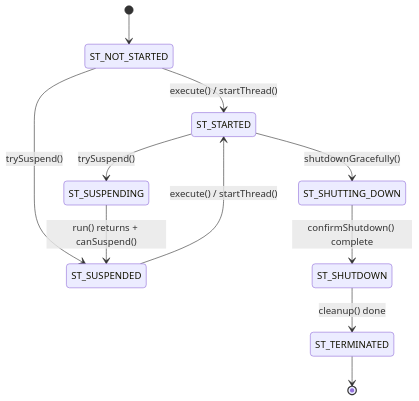
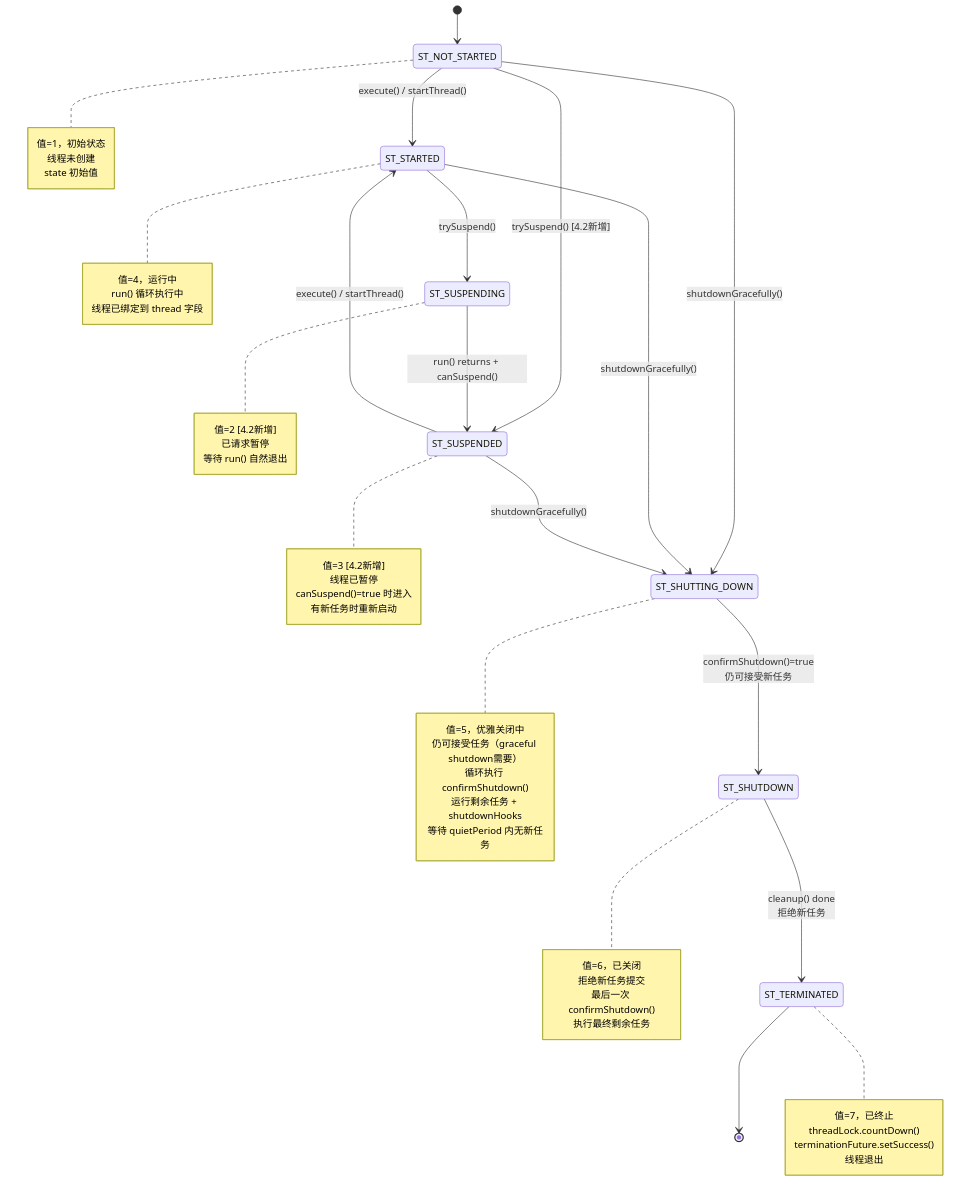
The fourth of 5 diagrams in example/src/main/java/io/netty/md/03-线程模型-EventLoop/01-eventloop-hierarchy-and-creation.md (LoveEleve/netty-4.2.9), drawn with Mermaid before and after one commit. The commit also changed other lines of this file and 106 other files, not shown here.

````diff
--- a/example/src/main/java/io/netty/md/03-线程模型-EventLoop/01-eventloop-hierarchy-and-creation.md
+++ b/example/src/main/java/io/netty/md/03-线程模型-EventLoop/01-eventloop-hierarchy-and-creation.md
@@ -338,13 +376,62 @@
 ```mermaid
 stateDiagram-v2
     [*] --> ST_NOT_STARTED
     ST_NOT_STARTED --> ST_STARTED : execute() / startThread()
-    ST_NOT_STARTED --> ST_SUSPENDED : trySuspend()
+    ST_NOT_STARTED --> ST_SUSPENDED : trySuspend() [4.2新增]
+    ST_NOT_STARTED --> ST_SHUTTING_DOWN : shutdownGracefully()
     ST_STARTED --> ST_SHUTTING_DOWN : shutdownGracefully()
     ST_STARTED --> ST_SUSPENDING : trySuspend()
     ST_SUSPENDING --> ST_SUSPENDED : run() returns + canSuspend()
     ST_SUSPENDED --> ST_STARTED : execute() / startThread()
-    ST_SHUTTING_DOWN --> ST_SHUTDOWN : confirmShutdown() complete
-    ST_SHUTDOWN --> ST_TERMINATED : cleanup() done
+    ST_SUSPENDED --> ST_SHUTTING_DOWN : shutdownGracefully()
+    ST_SHUTTING_DOWN --> ST_SHUTDOWN : confirmShutdown()=true<br/>仍可接受新任务
+    ST_SHUTDOWN --> ST_TERMINATED : cleanup() done<br/>拒绝新任务
     ST_TERMINATED --> [*]
+
+    note right of ST_NOT_STARTED
+        值=1，初始状态
+        线程未创建
+        state 初始值
+    end note
+
+    note right of ST_STARTED
+        值=4，运行中
+        run() 循环执行中
+        线程已绑定到 thread 字段
+    end note
+
+    note right of ST_SUSPENDING
+        值=2 [4.2新增]
+        已请求暂停
+        等待 run() 自然退出
+    end note
+
+    note right of ST_SUSPENDED
+        值=3 [4.2新增]
+        线程已暂停
+        canSuspend()=true 时进入
+        有新任务时重新启动
+    end note
+
+    note right of ST_SHUTTING_DOWN
+        值=5，优雅关闭中
+        仍可接受任务（graceful shutdown需要）
+        循环执行 confirmShutdown()
+        运行剩余任务 + shutdownHooks
+        等待 quietPeriod 内无新任务
+    end note
+
+    note right of ST_SHUTDOWN
+        值=6，已关闭
+        拒绝新任务提交
+        最后一次 confirmShutdown()
+        执行最终剩余任务
+    end note
+
+    note right of ST_TERMINATED
+        值=7，已终止
+        threadLock.countDown()
+        terminationFuture.setSuccess()
+        线程退出
+    end note
 ```
````
